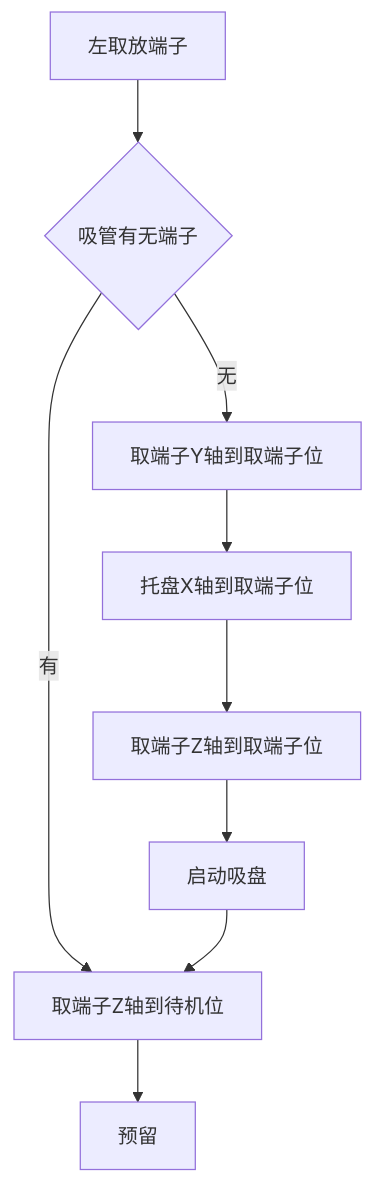
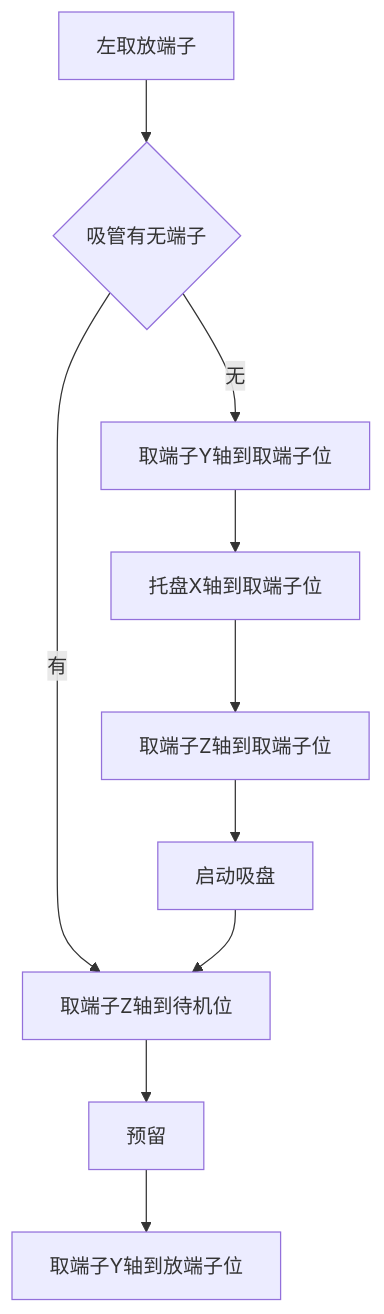
Before and after one commit to zmq000/iodraw-files: the diagram in all/VR-OP90左取放端子.md, drawn with Mermaid.

Commit message:
2026-06-18 10:36:12 update

````diff
--- a/all/VR-OP90左取放端子.md
+++ b/all/VR-OP90左取放端子.md
@@ -1,12 +1,13 @@
 ```mermaid
 graph TD
 0[左取放端子]-->10
 10{吸管有无端子}-->|有|60
 10-->|无|20
 20[取端子Y轴到取端子位]-->30
 30[托盘X轴到取端子位]-->40
 40[取端子Z轴到取端子位]-->50
 50[启动吸盘]-->60
 60[取端子Z轴到待机位]-->70
-70[预留]
+70[预留]-->80
+80[取端子Y轴到放端子位]
 ```
````
